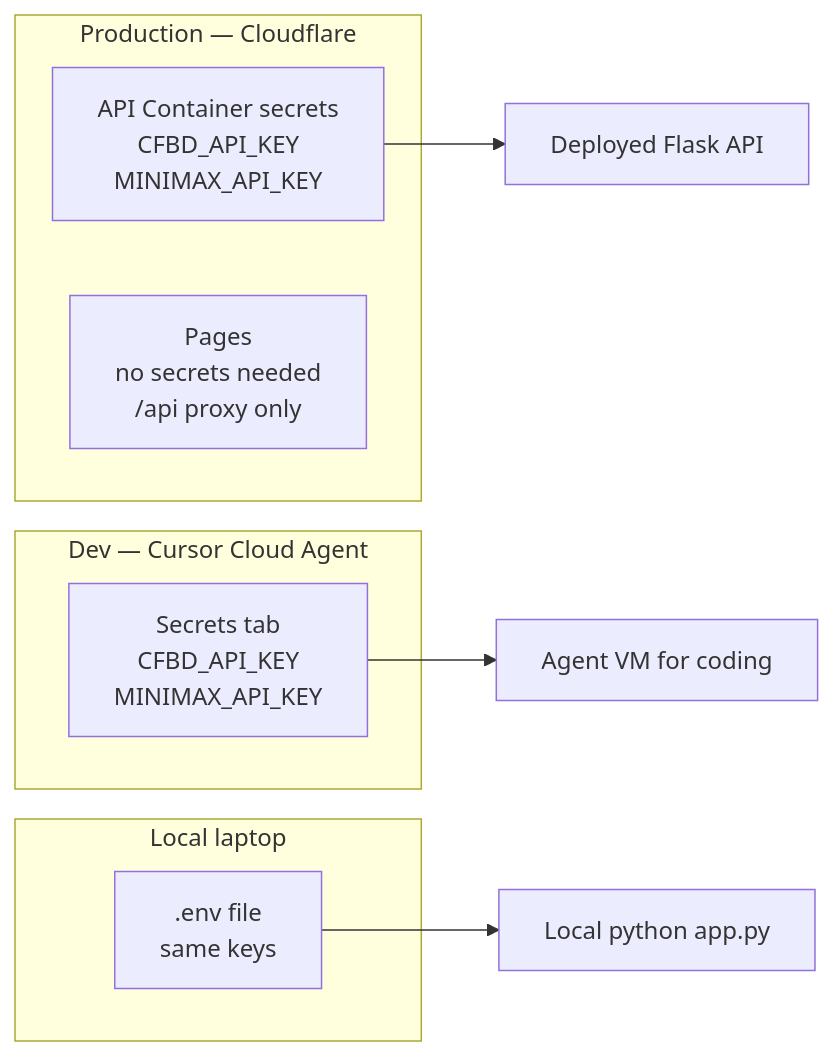
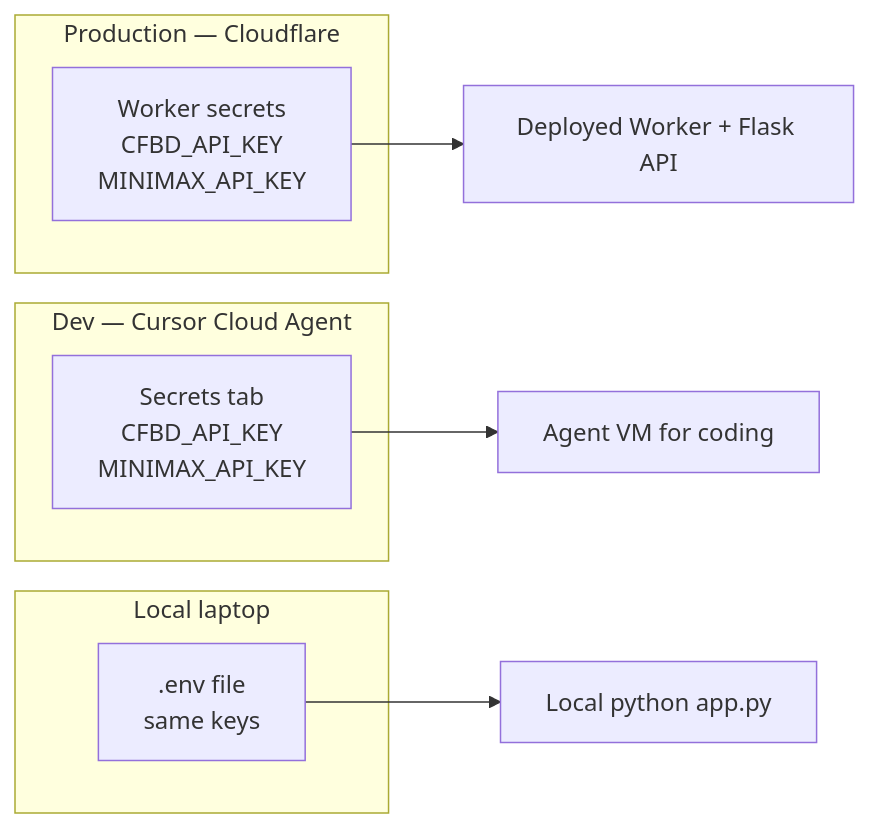
One commit to merimeesoftware/cfb-ranking-algorithm changed the diagram in docs/SECRETS.md. Above: the diagram before and after it, drawn with Mermaid. The commit also changed other lines of this file and 11 other files, not shown here.

First line of the commit message:
Deploy CFB Rankings as unified Cloudflare Worker (frontend + API) (#51)

````diff
--- a/docs/SECRETS.md
+++ b/docs/SECRETS.md
@@ -5,19 +5,18 @@
 ```mermaid
 flowchart LR
     subgraph prod [Production — Cloudflare]
-        CF_API["API Container secrets\nCFBD_API_KEY\nMINIMAX_API_KEY"]
-        CF_PAGES["Pages\nno secrets needed\n/api proxy only"]
+        CF_WORKER["Worker secrets\nCFBD_API_KEY\nMINIMAX_API_KEY"]
     end
 
     subgraph cursor [Dev — Cursor Cloud Agent]
         CURSOR["Secrets tab\nCFBD_API_KEY\nMINIMAX_API_KEY"]
     end
 
     subgraph local [Local laptop]
         ENV[".env file\nsame keys"]
     end
 
-    CF_API --> Runtime["Deployed Flask API"]
+    CF_WORKER --> Runtime["Deployed Worker + Flask API"]
     CURSOR --> AgentVM["Agent VM for coding"]
     ENV --> Laptop["Local python app.py"]
 ```
````
